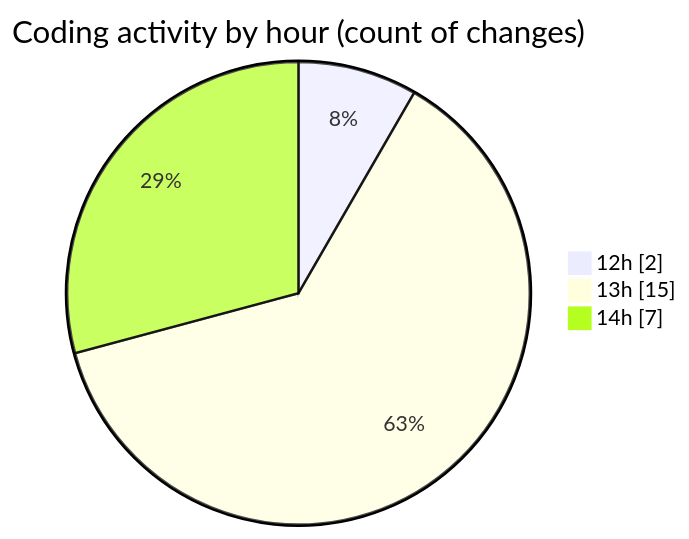
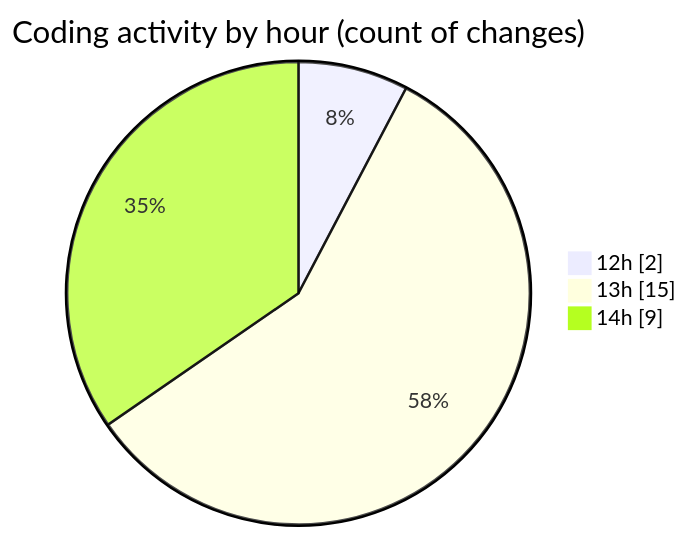
One commit to idhammustaqopulfikri/code-tracking changed the second of 2 diagrams in 2025-11-13/futsal-recommender/README.md. Above: the diagram before and after it, drawn with Mermaid. The commit also changed other lines of this file and 1 other file, not shown here.

````diff
--- a/2025-11-13/futsal-recommender/README.md
+++ b/2025-11-13/futsal-recommender/README.md
@@ -37,7 +37,7 @@
 ```mermaid
 pie showData
 title Coding activity by hour (count of changes)
 "12h" : 2
 "13h" : 15
-"14h" : 7
+"14h" : 9
 ```
````
